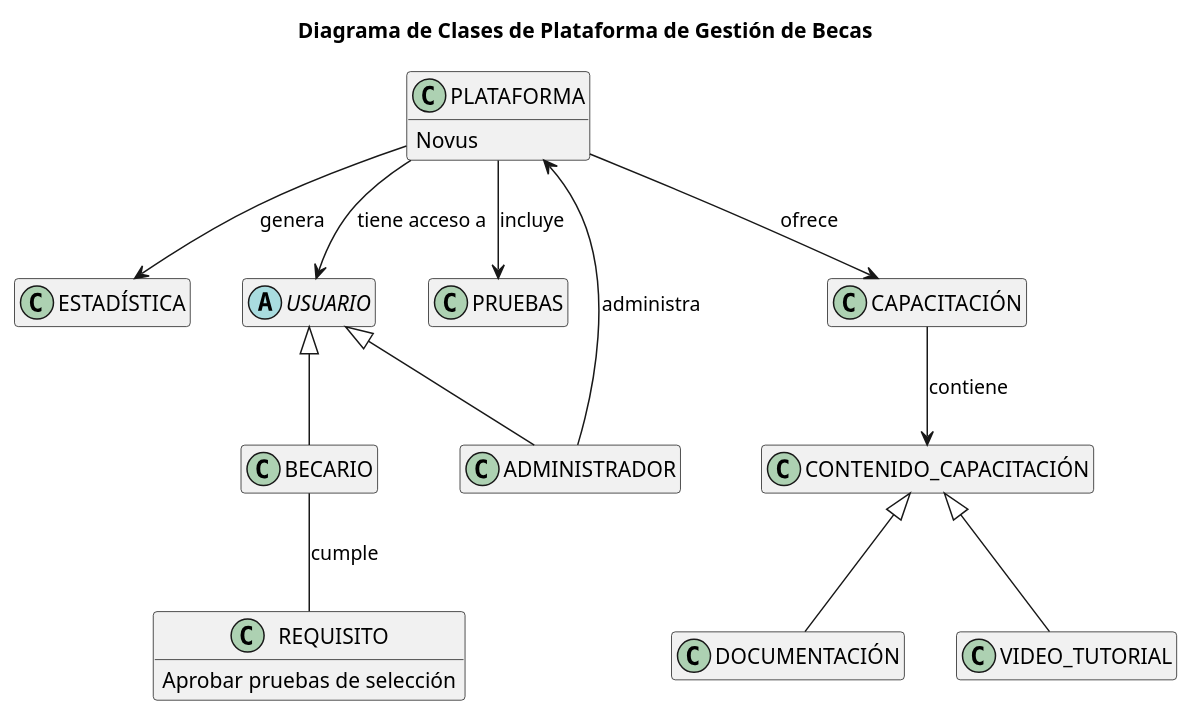
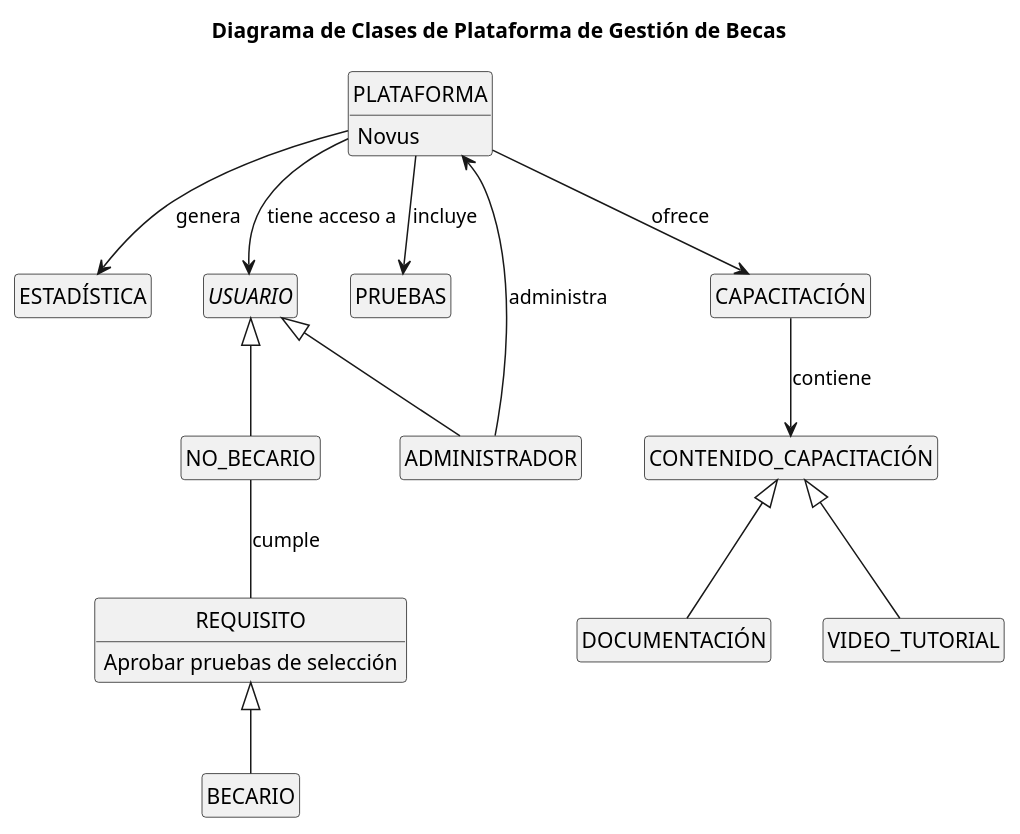
Before and after one commit to mmasias/24-25-IdSw1-SDR: the diagram in modelo_del_dominio/diagramas_de_clases/clases.puml, drawn with PlantUML. The commit also changed 10 other files, not shown here.

Commit message:
fix: domain models and update state diagrams for user roles and processes

```diff
--- a/modelo_del_dominio/diagramas_de_clases/clases.puml
+++ b/modelo_del_dominio/diagramas_de_clases/clases.puml
@@ -1,58 +1,63 @@
 @startuml Diagrama_de_Clases_Beca
 
 title Diagrama de Clases de Plataforma de Gestión de Becas
 
 hide empty members
+hide circle
+
 
 class PLATAFORMA {
   Novus
 }
-
 
 class ESTADÍSTICA {
 }
 
 abstract class USUARIO {
 }
 
 class ADMINISTRADOR {
 }
 
 class PRUEBAS {
 }
 
 class CAPACITACIÓN {
 }
 
 class CONTENIDO_CAPACITACIÓN {
 }
 
 class VIDEO_TUTORIAL {
 }
 
 class DOCUMENTACIÓN {
 }
 
 class BECARIO {
 }
 
+class NO_BECARIO {
+}
+
 class REQUISITO
 {
   Aprobar pruebas de selección
 }
 
 
 PLATAFORMA --> ESTADÍSTICA : "genera"
 PLATAFORMA --> USUARIO : "tiene acceso a"
 PLATAFORMA --> PRUEBAS : "incluye"
 PLATAFORMA --> CAPACITACIÓN : "ofrece"
 
 USUARIO <|-- ADMINISTRADOR
 ADMINISTRADOR --> PLATAFORMA : "administra"
 
 CAPACITACIÓN --> CONTENIDO_CAPACITACIÓN : "contiene"
 CONTENIDO_CAPACITACIÓN <|-- VIDEO_TUTORIAL
 CONTENIDO_CAPACITACIÓN <|-- DOCUMENTACIÓN
-BECARIO -- REQUISITO : cumple
-USUARIO <|-- BECARIO
+NO_BECARIO -- REQUISITO : cumple
+REQUISITO <|-- BECARIO
+USUARIO <|-- NO_BECARIO
 @enduml
```
